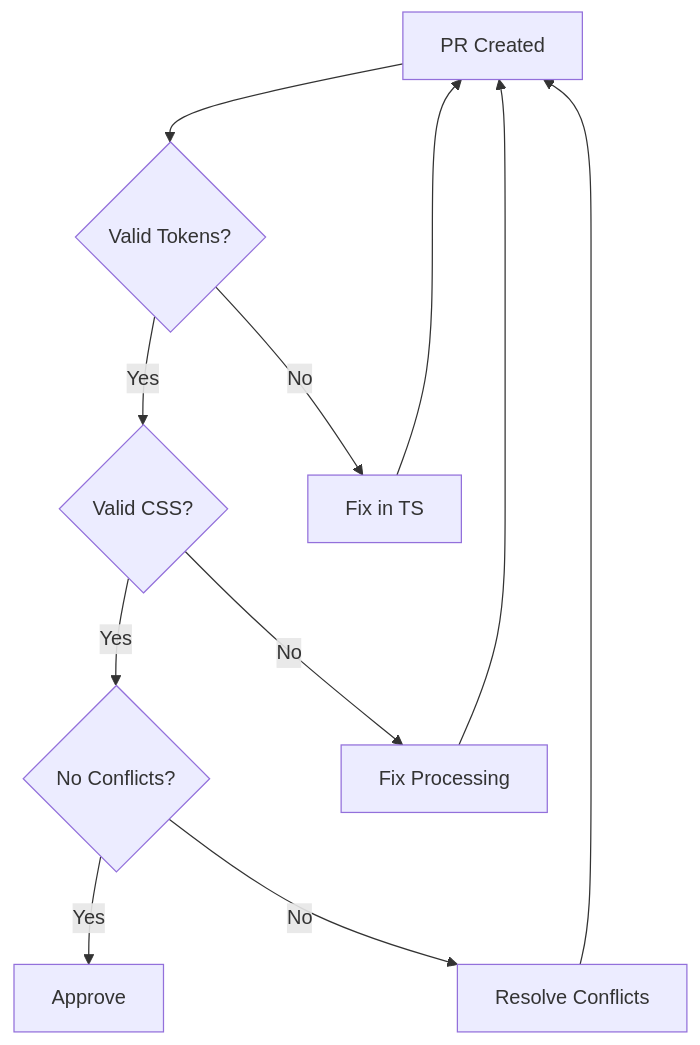
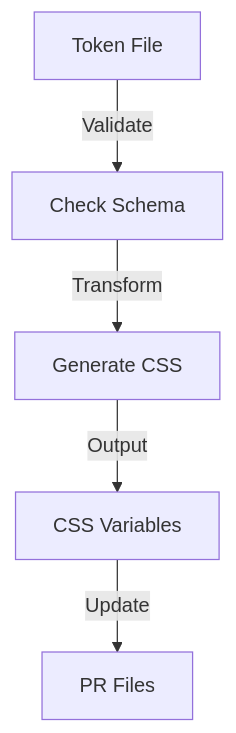
Before and after one commit to eGovPDX/design-tokens: the second of 2 diagrams in README.md, drawn with Mermaid. The commit also changed other lines of this file, not shown here.

````diff
--- a/README.md
+++ b/README.md
@@ -239,13 +210,7 @@
    ```mermaid
-   flowchart TD
-     A[PR Created] --> B{Valid Tokens?}
-     B -->|Yes| C{Valid CSS?}
-     B -->|No| D[Fix in TS]
-     C -->|Yes| E{No Conflicts?}
-     C -->|No| F[Fix Processing]
-     E -->|Yes| G[Approve]
-     E -->|No| H[Resolve Conflicts]
-     D --> A
-     F --> A
-     H --> A
+   graph TD
+       A[Token File] -->|Validate| B[Check Schema]
+       B -->|Transform| C[Generate CSS]
+       C -->|Output| D[CSS Variables]
+       D -->|Update| E[PR Files]
    ```
````
